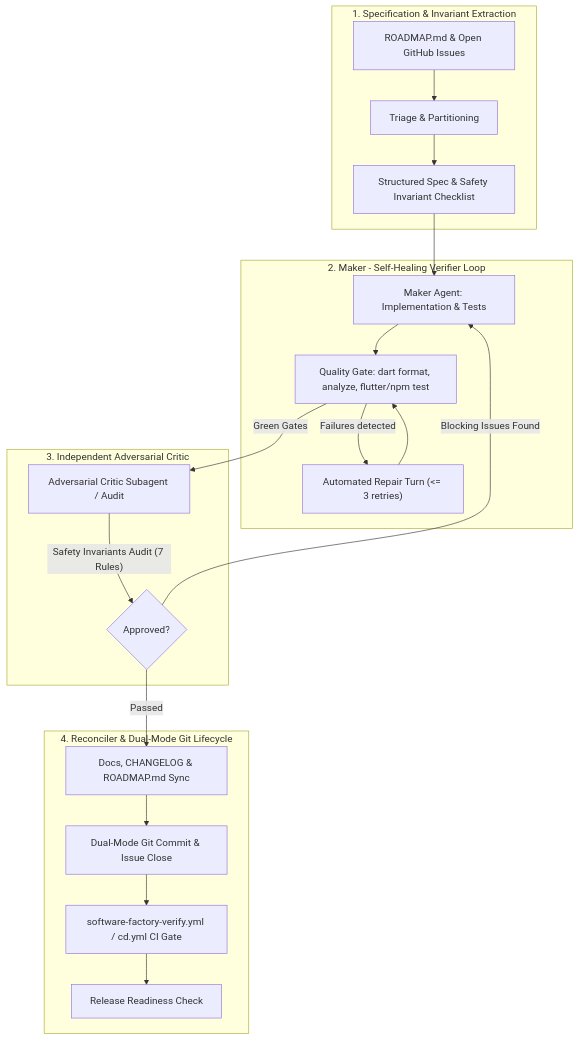
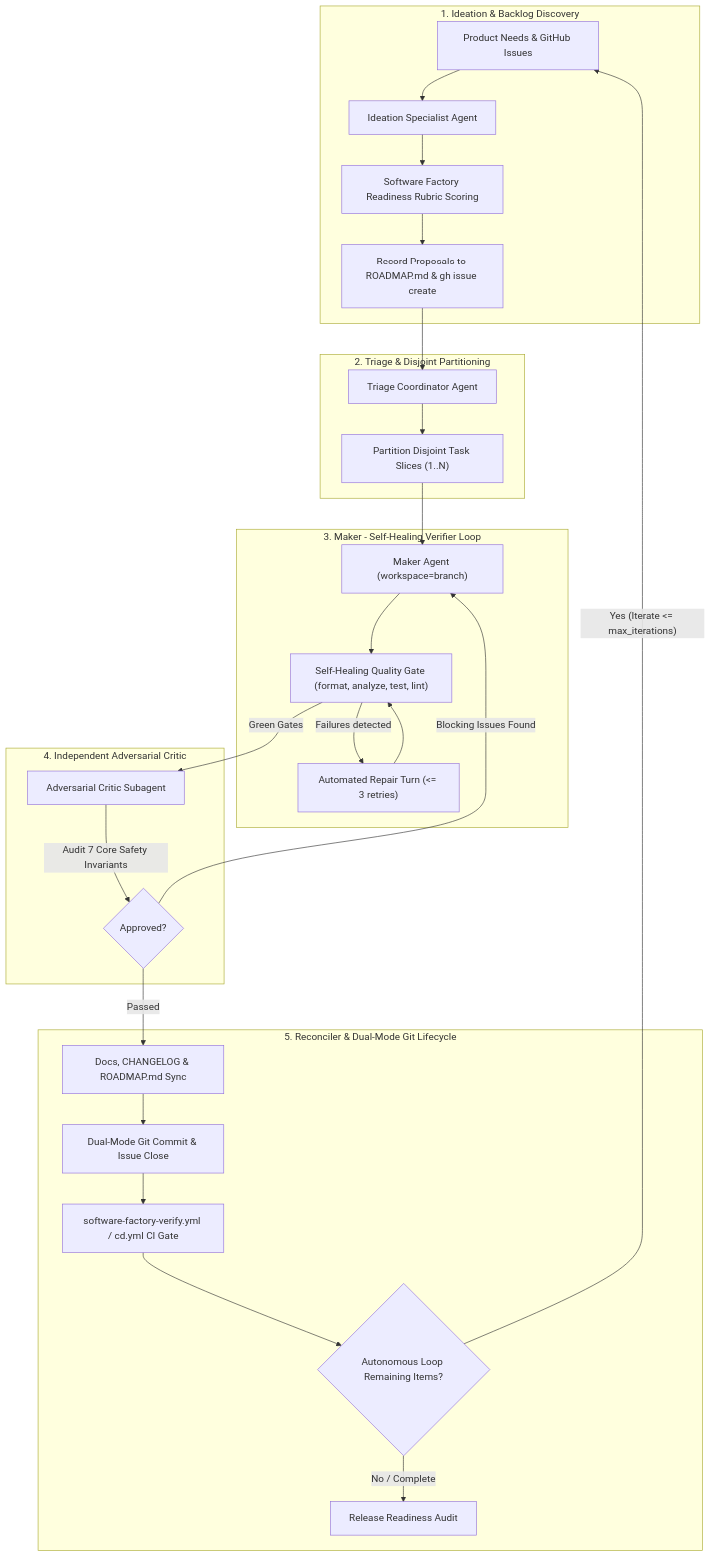
Before and after one commit to CIInc/robinhood-options-mobile: the first of 2 diagrams in docs/software-factory.md, drawn with Mermaid. The commit also changed other lines of this file and 3 other files, not shown here.

Commit message:
feat(software-factory): integrate ideation phase and continuous autonomous loop into factory pipeline and docs

````diff
--- a/docs/software-factory.md
+++ b/docs/software-factory.md
@@ -11,27 +11,35 @@
 ```mermaid
 flowchart TD
-    subgraph SpecPhase["1. Specification & Invariant Extraction"]
-        A["ROADMAP.md & Open GitHub Issues"] --> B["Triage & Partitioning"]
-        B --> C["Structured Spec & Safety Invariant Checklist"]
+    subgraph IdeationPhase["1. Ideation & Backlog Discovery"]
+        A["Product Needs & GitHub Issues"] --> B["Ideation Specialist Agent"]
+        B --> C["Software Factory Readiness Rubric Scoring"]
+        C --> D["Record Proposals to ROADMAP.md & gh issue create"]
     end
 
-    subgraph MakerLoop["2. Maker - Self-Healing Verifier Loop"]
-        C --> D["Maker Agent: Implementation & Tests"]
-        D --> E["Quality Gate: dart format, analyze, flutter/npm test"]
-        E -- "Failures detected" --> F["Automated Repair Turn (<= 3 retries)"]
-        F --> E
+    subgraph TriagePhase["2. Triage & Disjoint Partitioning"]
+        D --> E["Triage Coordinator Agent"]
+        E --> F["Partition Disjoint Task Slices (1..N)"]
     end
 
-    subgraph CriticPhase["3. Independent Adversarial Critic"]
-        E -- "Green Gates" --> G["Adversarial Critic Subagent / Audit"]
-        G -- "Safety Invariants Audit (7 Rules)" --> H{"Approved?"}
-        H -- "Blocking Issues Found" --> D
+    subgraph MakerLoop["3. Maker - Self-Healing Verifier Loop"]
+        F --> G["Maker Agent (workspace=branch)"]
+        G --> H["Self-Healing Quality Gate (format, analyze, test, lint)"]
+        H -- "Failures detected" --> I["Automated Repair Turn (<= 3 retries)"]
+        I --> H
     end
 
-    subgraph ReconcilePhase["4. Reconciler & Dual-Mode Git Lifecycle"]
-        H -- "Passed" --> I["Docs, CHANGELOG & ROADMAP.md Sync"]
-        I --> J["Dual-Mode Git Commit & Issue Close"]
-        J --> K["software-factory-verify.yml / cd.yml CI Gate"]
-        K --> L["Release Readiness Check"]
+    subgraph CriticPhase["4. Independent Adversarial Critic"]
+        H -- "Green Gates" --> J["Adversarial Critic Subagent"]
+        J -- "Audit 7 Core Safety Invariants" --> K{"Approved?"}
+        K -- "Blocking Issues Found" --> G
+    end
+
+    subgraph ReconcilePhase["5. Reconciler & Dual-Mode Git Lifecycle"]
+        K -- "Passed" --> L["Docs, CHANGELOG & ROADMAP.md Sync"]
+        L --> M["Dual-Mode Git Commit & Issue Close"]
+        M --> N["software-factory-verify.yml / cd.yml CI Gate"]
+        N --> O{"Autonomous Loop Remaining Items?"}
+        O -- "Yes (Iterate <= max_iterations)" --> A
+        O -- "No / Complete" --> P["Release Readiness Audit"]
     end
 ```
````
